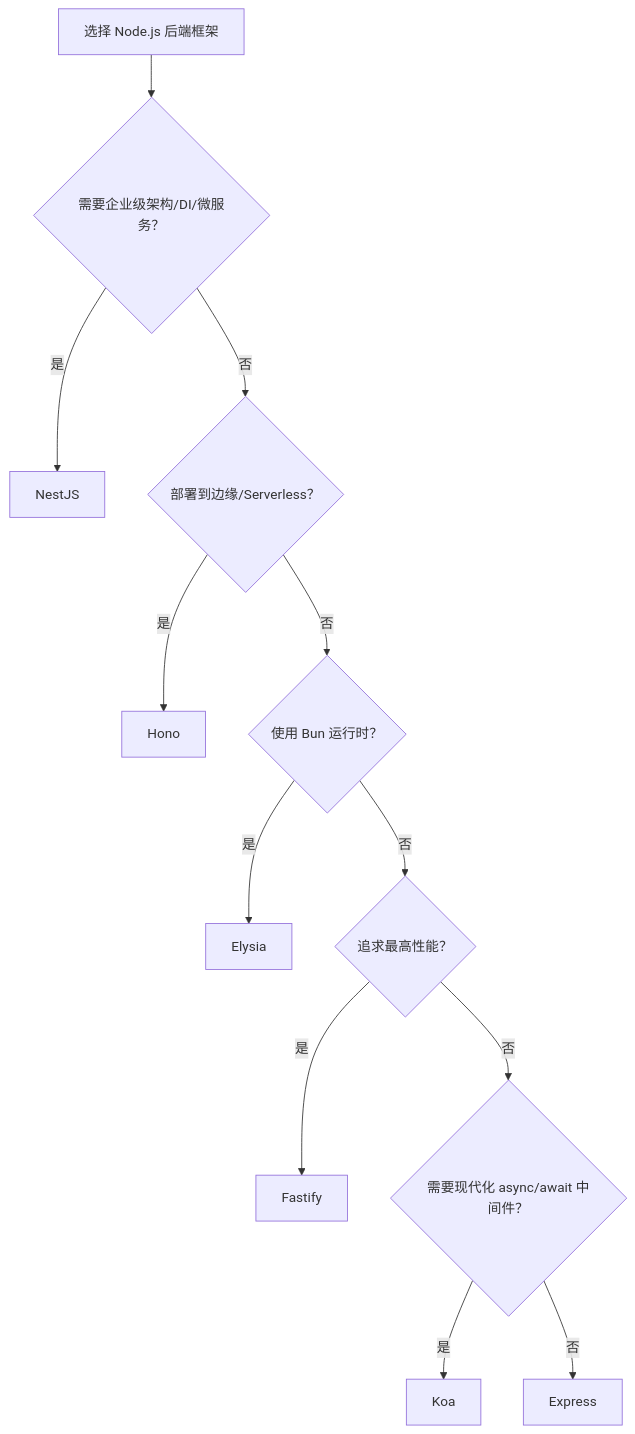
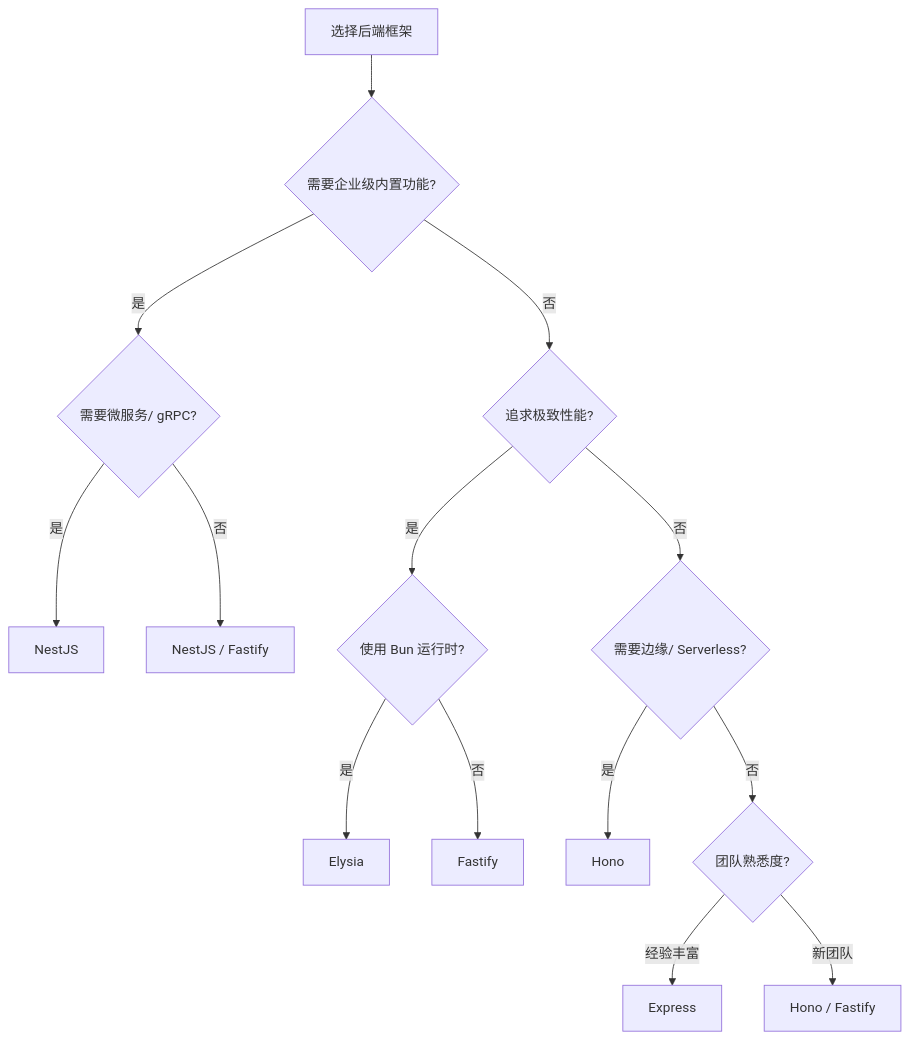
The diagram in website/comparison-matrices/backend-frameworks-compare.md (AdaMartin18010/JavaScriptTypeScript), drawn with Mermaid before and after one commit. The commit also changed other lines of this file and 40 other files, not shown here.

````diff
--- a/website/comparison-matrices/backend-frameworks-compare.md
+++ b/website/comparison-matrices/backend-frameworks-compare.md
@@ -88,14 +55,16 @@
 ```mermaid
 flowchart TD
-    A[选择 Node.js 后端框架] --> B{需要企业级架构/DI/微服务？}
-    B -->|是| C[NestJS]
-    B -->|否| D{部署到边缘/Serverless？}
-    D -->|是| E[Hono]
-    D -->|否| F{使用 Bun 运行时？}
-    F -->|是| G[Elysia]
-    F -->|否| H{追求最高性能？}
-    H -->|是| I[Fastify]
-    H -->|否| J{需要现代化 async/await 中间件？}
-    J -->|是| K[Koa]
-    J -->|否| L[Express]
+    A[选择后端框架] --> B{需要企业级内置功能?}
+    B -->|是| C{需要微服务/ gRPC?}
+    C -->|是| D[NestJS]
+    C -->|否| E[NestJS / Fastify]
+    B -->|否| F{追求极致性能?}
+    F -->|是| G{使用 Bun 运行时?}
+    G -->|是| H[Elysia]
+    G -->|否| I[Fastify]
+    F -->|否| J{需要边缘/ Serverless?}
+    J -->|是| K[Hono]
+    J -->|否| L{团队熟悉度?}
+    L -->|经验丰富| M[Express]
+    L -->|新团队| N[Hono / Fastify]
 ```
````
